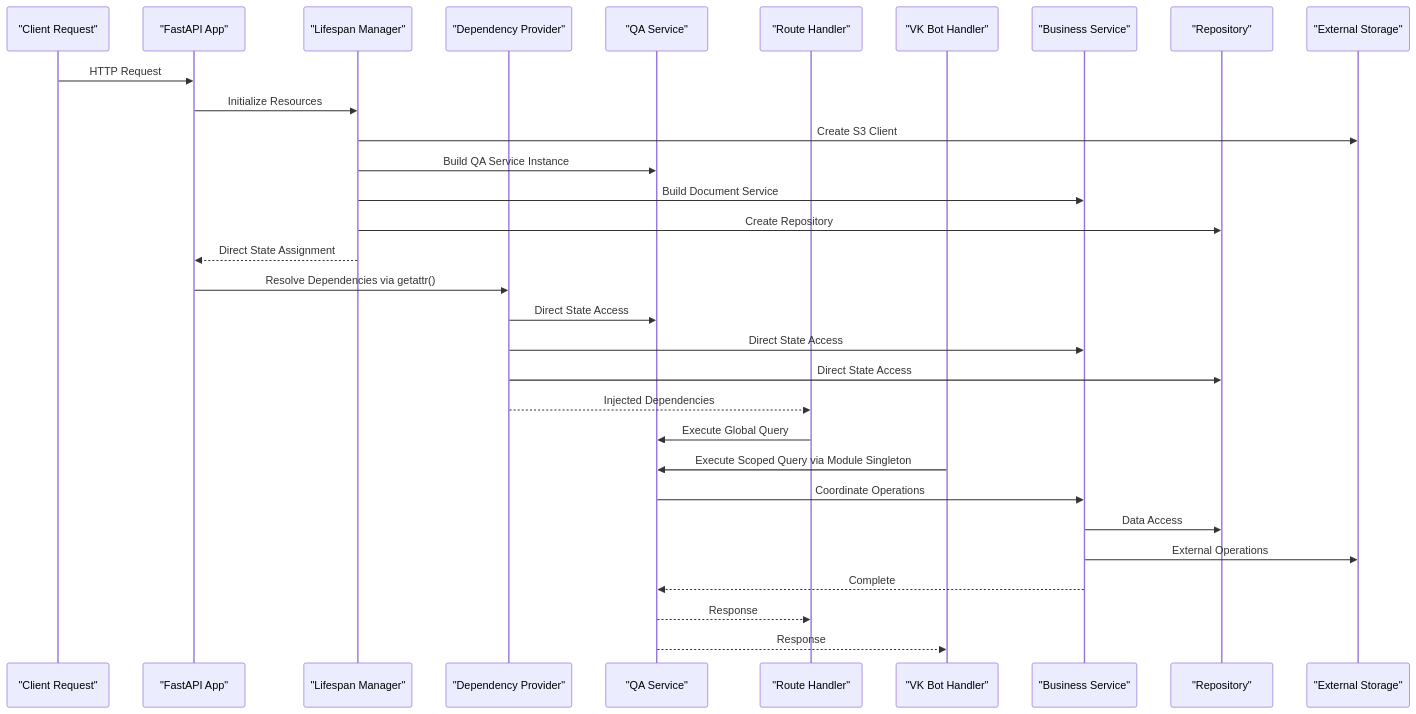
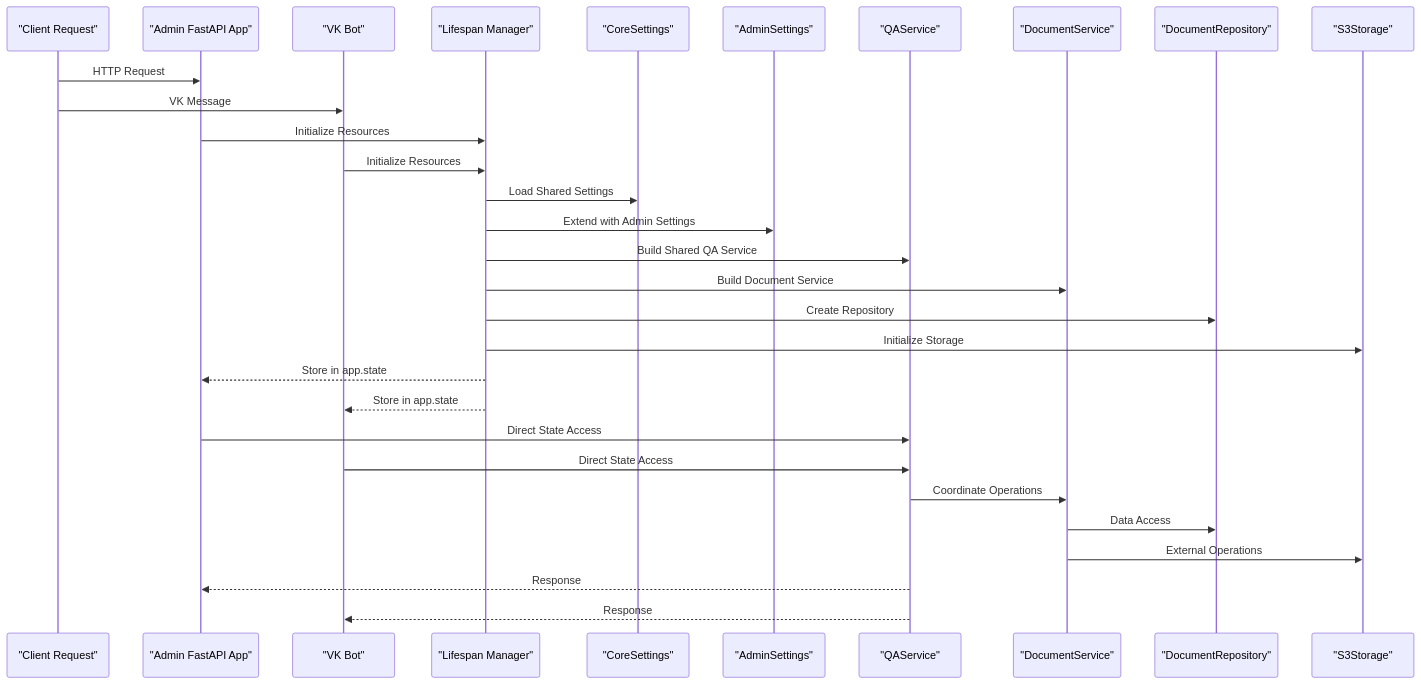
Before and after one commit to ognelis/cafetera_hr_bot: the second of 9 diagrams in .qoder/repowiki/en/content/API Reference/Dependency Injection System.md, drawn with Mermaid. The commit also changed other lines of this file and 25 other files, not shown here.

````diff
--- a/.qoder/repowiki/en/content/API Reference/Dependency Injection System.md
+++ b/.qoder/repowiki/en/content/API Reference/Dependency Injection System.md
@@ -148,33 +173,32 @@
 ```mermaid
 sequenceDiagram
 participant Client as "Client Request"
-participant App as "FastAPI App"
+participant AdminApp as "Admin FastAPI App"
+participant VKBot as "VK Bot"
 participant Lifespan as "Lifespan Manager"
-participant Deps as "Dependency Provider"
-participant QAService as "QA Service"
-participant Handler as "Route Handler"
-participant VKHandler as "VK Bot Handler"
-participant Service as "Business Service"
-participant Repo as "Repository"
-participant Storage as "External Storage"
-Client->>App : HTTP Request
-App->>Lifespan : Initialize Resources
-Lifespan->>Storage : Create S3 Client
-Lifespan->>QAService : Build QA Service Instance
-Lifespan->>Service : Build Document Service
+participant CoreSettings as "CoreSettings"
+participant AdminSettings as "AdminSettings"
+participant QAService as "QAService"
+participant DocService as "DocumentService"
+participant Repo as "DocumentRepository"
+participant S3 as "S3Storage"
+Client->>AdminApp : HTTP Request
+Client->>VKBot : VK Message
+AdminApp->>Lifespan : Initialize Resources
+VKBot->>Lifespan : Initialize Resources
+Lifespan->>CoreSettings : Load Shared Settings
+Lifespan->>AdminSettings : Extend with Admin Settings
+Lifespan->>QAService : Build Shared QA Service
+Lifespan->>DocService : Build Document Service
 Lifespan->>Repo : Create Repository
-Lifespan-->>App : Direct State Assignment
-App->>Deps : Resolve Dependencies via getattr()
-Deps->>QAService : Direct State Access
-Deps->>Service : Direct State Access
-Deps->>Repo : Direct State Access
-Deps-->>Handler : Injected Dependencies
-Handler->>QAService : Execute Global Query
-VKHandler->>QAService : Execute Scoped Query via Module Singleton
-QAService->>Service : Coordinate Operations
-Service->>Repo : Data Access
-Service->>Storage : External Operations
-Service-->>QAService : Complete
-QAService-->>Handler : Response
-QAService-->>VKHandler : Response
+Lifespan->>S3 : Initialize Storage
+Lifespan-->>AdminApp : Store in app.state
+Lifespan-->>VKBot : Store in app.state
+AdminApp->>QAService : Direct State Access
+VKBot->>QAService : Direct State Access
+QAService->>DocService : Coordinate Operations
+DocService->>Repo : Data Access
+DocService->>S3 : External Operations
+QAService-->>AdminApp : Response
+QAService-->>VKBot : Response
 ```
````
